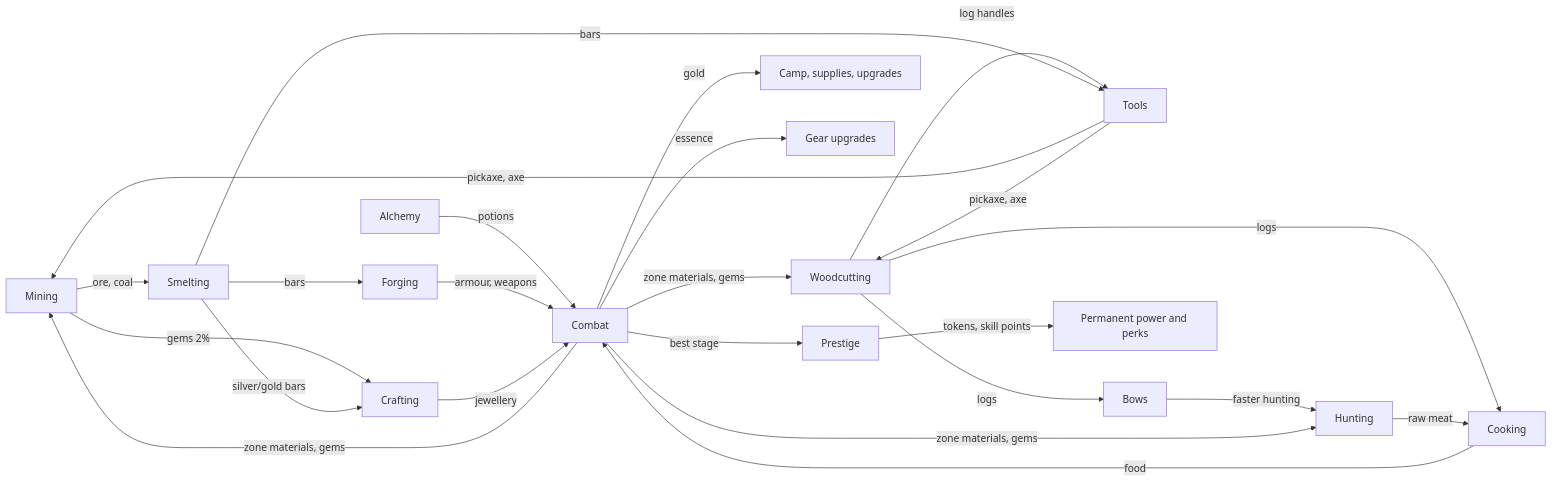
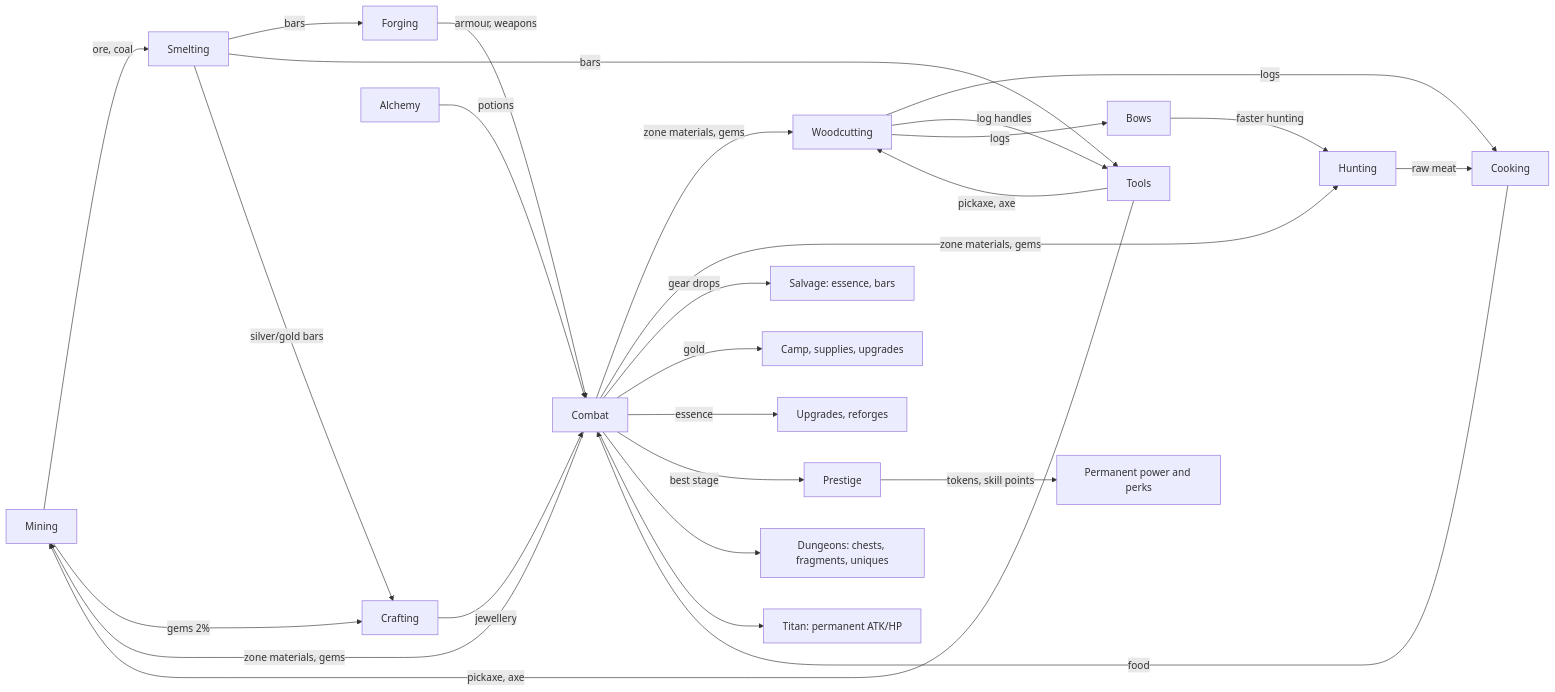
The diagram in docs/DESIGN.md (tufantr/idle2), drawn with Mermaid before and after one commit. The commit also changed other lines of this file and 12 other files, not shown here.

````diff
--- a/docs/DESIGN.md
+++ b/docs/DESIGN.md
@@ -36,23 +38,26 @@
 ```mermaid
 flowchart LR
     Mining -->|ore, coal| Smelting
     Mining -->|gems 2%| Crafting
     Woodcutting -->|logs| Cooking
     Woodcutting -->|log handles| Tools
     Woodcutting -->|logs| Bows
     Hunting -->|raw meat| Cooking
     Smelting -->|bars| Forging
     Smelting -->|bars| Tools
     Smelting -->|silver/gold bars| Crafting
     Alchemy -->|potions| Combat
     Cooking -->|food| Combat
     Forging -->|armour, weapons| Combat
     Crafting -->|jewellery| Combat
     Tools -->|pickaxe, axe| Mining & Woodcutting
     Bows -->|faster hunting| Hunting
     Combat -->|zone materials, gems| Mining & Woodcutting & Hunting
+    Combat -->|gear drops| Salvage["Salvage: essence, bars"]
     Combat -->|gold| Camp["Camp, supplies, upgrades"]
-    Combat -->|essence| Upgrades["Gear upgrades"]
+    Combat -->|essence| Upgrades["Upgrades, reforges"]
     Combat -->|best stage| Prestige
+    Combat --> Dungeons["Dungeons: chests, fragments, uniques"]
+    Combat --> Titan["Titan: permanent ATK/HP"]
     Prestige -->|tokens, skill points| Perks["Permanent power and perks"]
 ```
````
